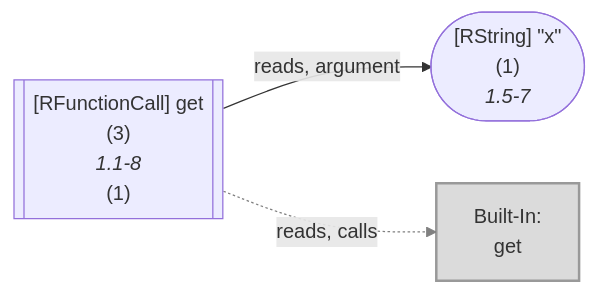
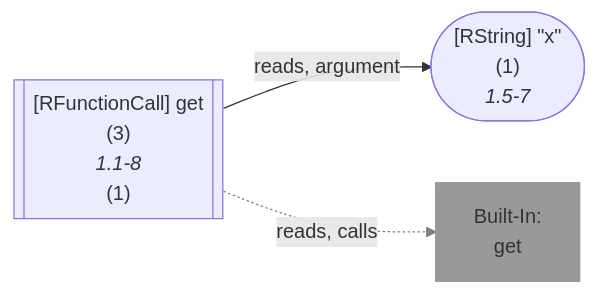
The seventh of 51 diagrams in wiki/Dataflow Graph.md (flowr-analysis/flowr), drawn with Mermaid before and after one commit. The commit also changed other lines of this file and 18 other files, not shown here.

````diff
--- a/wiki/Dataflow Graph.md
+++ b/wiki/Dataflow Graph.md
@@ -719,16 +721,16 @@
 ```mermaid
 flowchart LR
     1(["`#91;RString#93; #34;x#34;
       (1)
       *1.5-7*`"])
     3[["`#91;RFunctionCall#93; get
       (3)
       *1.1-8*
     (1)`"]]
     built-in:get["`Built-In:
 get`"]
-    style built-in:get stroke:gray,fill:lightgray,stroke-width:2px,opacity:.8;
+    style built-in:get stroke:gray,fill:gray,stroke-width:2px,opacity:.8;
     3 -->|"reads, argument"| 1
     3 -.->|"reads, calls"| built-in:get
     linkStyle 1 stroke:gray;
 ```
````
